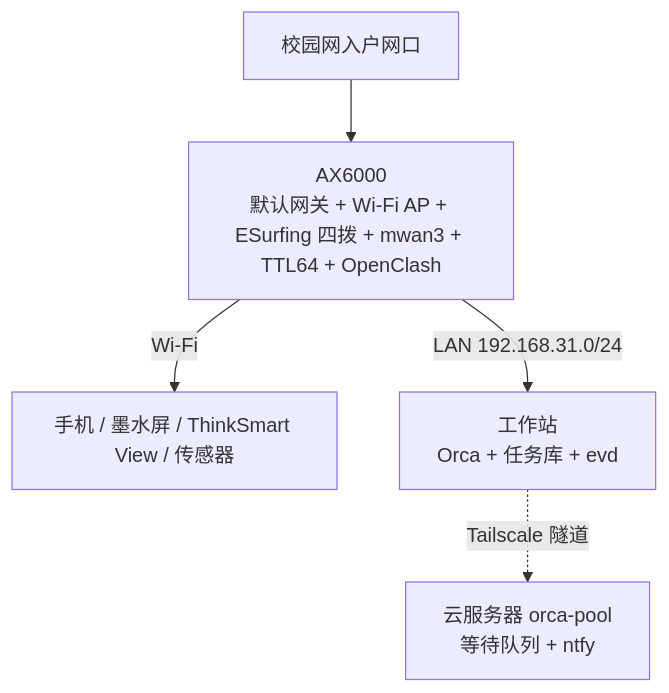
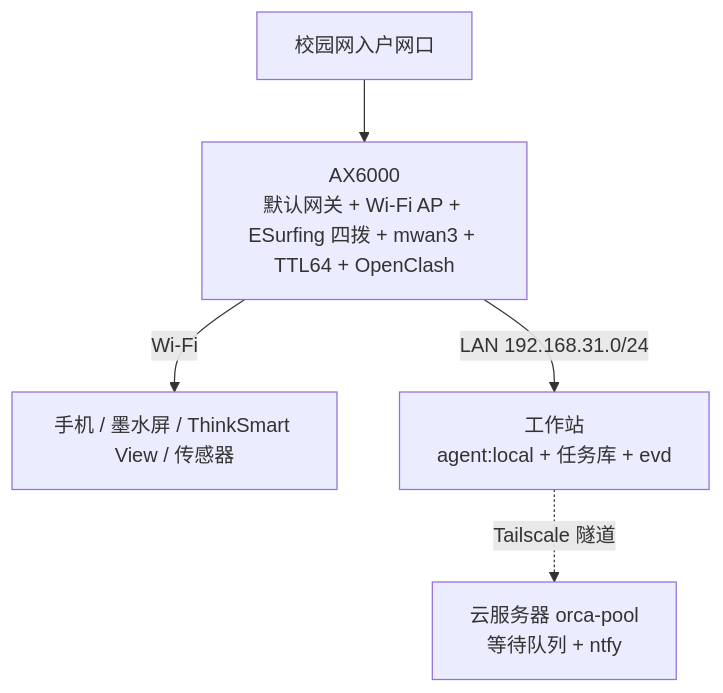
One commit to ShizkMoon/ai-collab-assistant changed the diagram in docs/ax6000-router.md. Above: the diagram before and after it, drawn with Mermaid. The commit also changed other lines of this file and 28 other files, not shown here.

First line of the commit message:
docs: 编排层改用自建 agent:local 运行时，GUI 自动化定型 agent-desktop

````diff
--- a/docs/ax6000-router.md
+++ b/docs/ax6000-router.md
@@ -42,7 +42,7 @@
 ```mermaid
 flowchart TD
   NET["校园网入户网口"] --> RT["AX6000<br/>默认网关 + Wi-Fi AP + ESurfing 四拨 + mwan3 + TTL64 + OpenClash"]
   RT -->|Wi-Fi| DEV["手机 / 墨水屏 / ThinkSmart View / 传感器"]
-  RT -->|LAN 192.168.31.0/24| WS["工作站<br/>Orca + 任务库 + evd"]
+  RT -->|LAN 192.168.31.0/24| WS["工作站<br/>agent:local + 任务库 + evd"]
   WS -.->|Tailscale 隧道| CLOUD["云服务器 orca-pool<br/>等待队列 + ntfy"]
 ```
````
